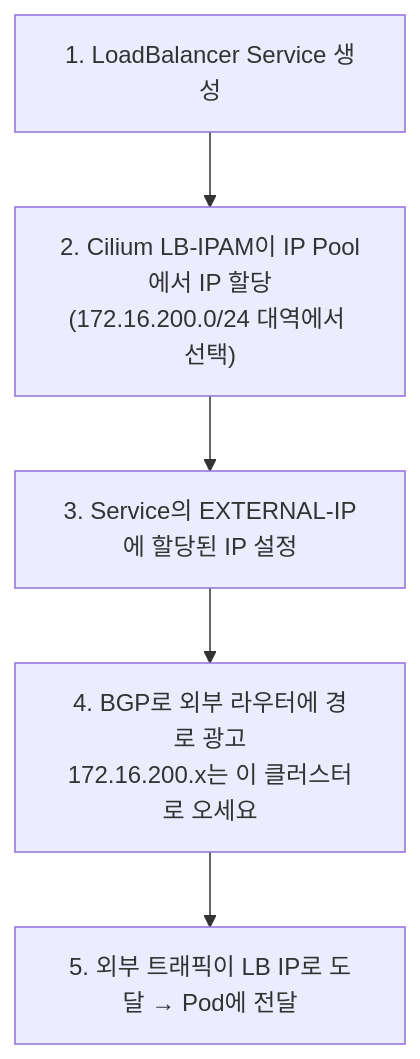
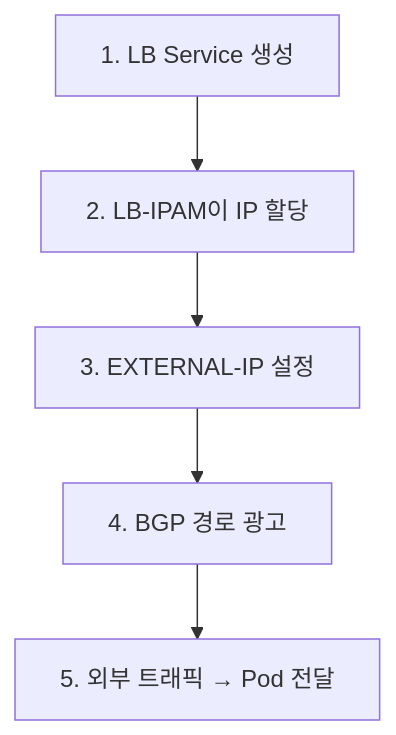
The second of 9 diagrams in day1/ch06-cilium-bgp/README.md (garlicKim21/kubernetes-onprem-training), drawn with Mermaid before and after one commit. The commit also changed other lines of this file and 6 other files, not shown here.

````diff
--- a/day1/ch06-cilium-bgp/README.md
+++ b/day1/ch06-cilium-bgp/README.md
@@ -156,7 +161,7 @@
 ```mermaid
 graph TD
-    A["1. LoadBalancer Service 생성"] --> B["2. Cilium LB-IPAM이 IP Pool에서 IP 할당<br/>(172.16.200.0/24 대역에서 선택)"]
-    B --> C["3. Service의 EXTERNAL-IP에 할당된 IP 설정"]
-    C --> D["4. BGP로 외부 라우터에 경로 광고<br/>172.16.200.x는 이 클러스터로 오세요"]
-    D --> E["5. 외부 트래픽이 LB IP로 도달 → Pod에 전달"]
+    A["1. LB Service 생성"] --> B["2. LB-IPAM이 IP 할당"]
+    B --> C["3. EXTERNAL-IP 설정"]
+    C --> D["4. BGP 경로 광고"]
+    D --> E["5. 외부 트래픽 → Pod 전달"]
 ```
````
